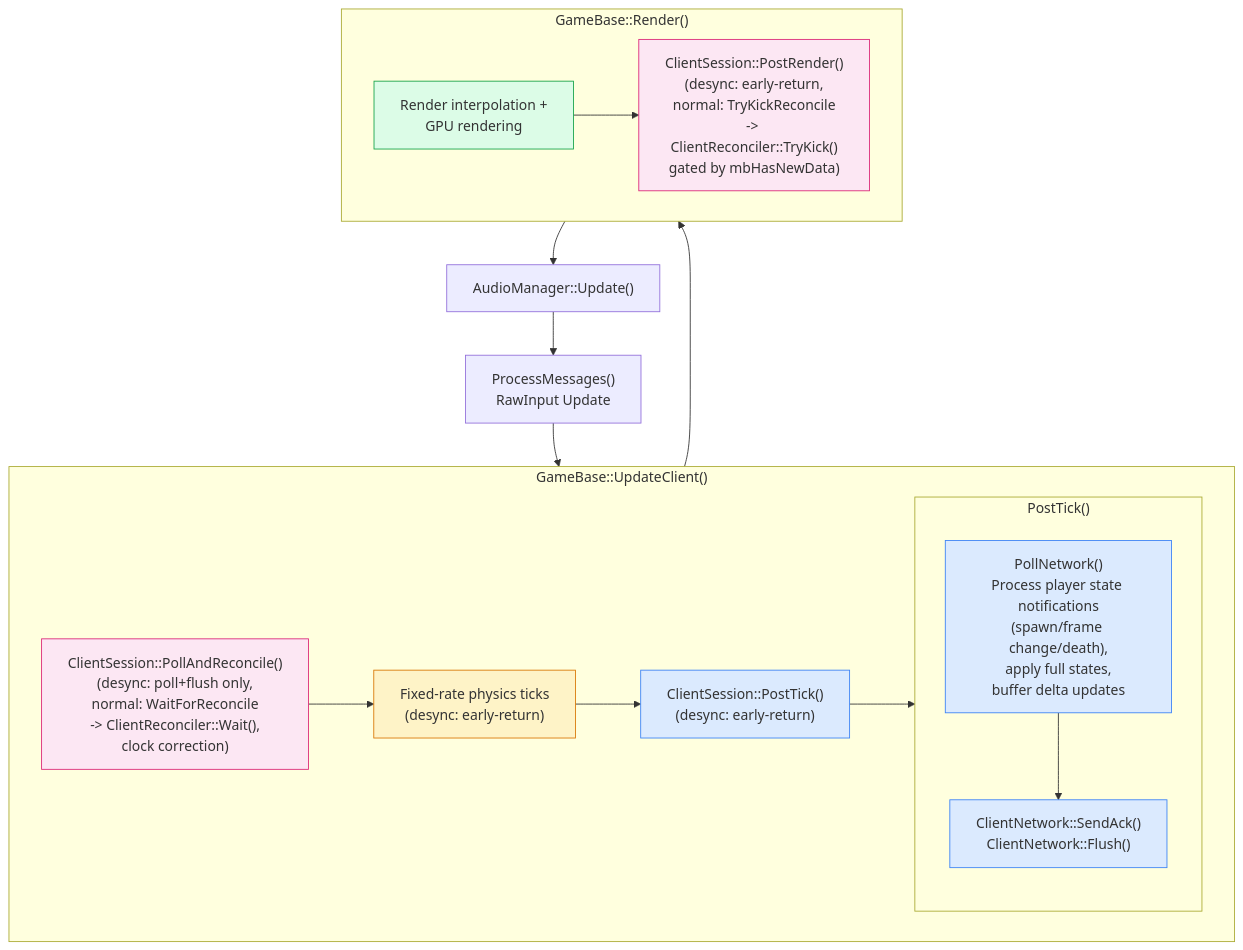
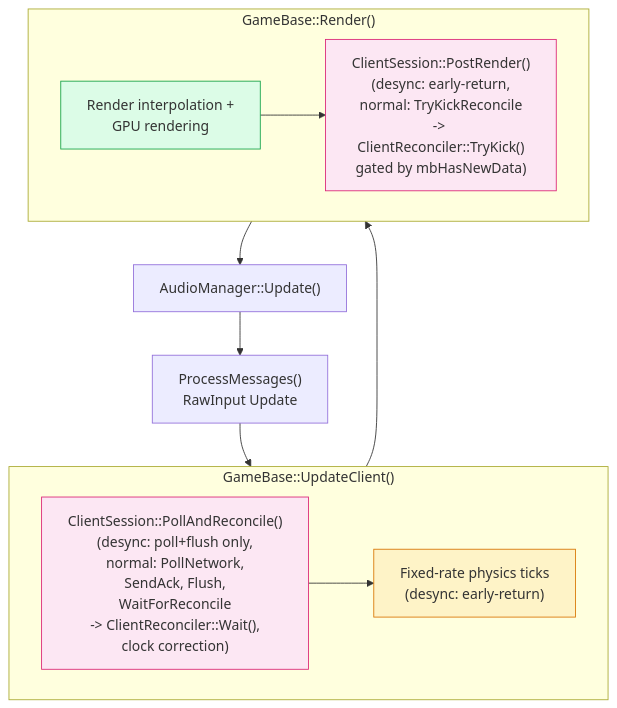
Before and after one commit to DougTanner/BrokenEnginePublic: the third of 4 diagrams in Documents/Architecture/GameReconciliation.md, drawn with Mermaid. The commit also changed other lines of this file and 10 other files, not shown here.

````diff
--- a/Documents/Architecture/GameReconciliation.md
+++ b/Documents/Architecture/GameReconciliation.md
@@ -83,37 +83,29 @@
 ```mermaid
 %%{init: {'theme': 'default'}}%%
 flowchart TD
     classDef network fill:#dbeafe,stroke:#3b82f6
     classDef physics fill:#fef3c7,stroke:#d97706
     classDef render fill:#dcfce7,stroke:#16a34a
     classDef reconcile fill:#fce7f3,stroke:#db2777
 
     MSG["ProcessMessages()<br/>RawInput Update"] --> TICK_FRAMES
 
     subgraph TICK_FRAMES ["GameBase::UpdateClient()"]
-        POLL_RECONCILE["ClientSession::PollAndReconcile()<br/>(desync: poll+flush only,<br/>normal: WaitForReconcile<br/>-> ClientReconciler::Wait(),<br/>clock correction)"]:::reconcile
+        POLL_RECONCILE["ClientSession::PollAndReconcile()<br/>(desync: poll+flush only,<br/>normal: PollNetwork,<br/>SendAck, Flush,<br/>WaitForReconcile<br/>-> ClientReconciler::Wait(),<br/>clock correction)"]:::reconcile
 
         PHYSICS["Fixed-rate physics ticks<br/>(desync: early-return)"]:::physics
 
-        POST_TICK["ClientSession::PostTick()<br/>(desync: early-return)"]:::network
-
-        subgraph post_tick_detail ["PostTick()"]
-            POLL["PollNetwork()<br/>Process player state notifications<br/>(spawn/frame change/death),<br/>apply full states,<br/>buffer delta updates"]:::network
-            SEND["ClientNetwork::SendAck()<br/>ClientNetwork::Flush()"]:::network
-            POLL --> SEND
-        end
-
-        POLL_RECONCILE --> PHYSICS --> POST_TICK --> post_tick_detail
+        POLL_RECONCILE --> PHYSICS
     end
 
     subgraph RENDER_METHOD ["GameBase::Render()"]
         RENDER["Render interpolation +<br/>GPU rendering"]:::render
         POST_RENDER["ClientSession::PostRender()<br/>(desync: early-return,<br/>normal: TryKickReconcile<br/>-> ClientReconciler::TryKick()<br/>gated by mbHasNewData)"]:::reconcile
         RENDER --> POST_RENDER
     end
 
     AUDIO["AudioManager::Update()"]
 
     TICK_FRAMES --> RENDER_METHOD --> AUDIO
     AUDIO --> MSG
 ```
````
